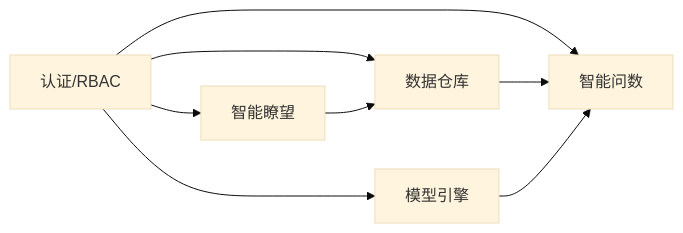
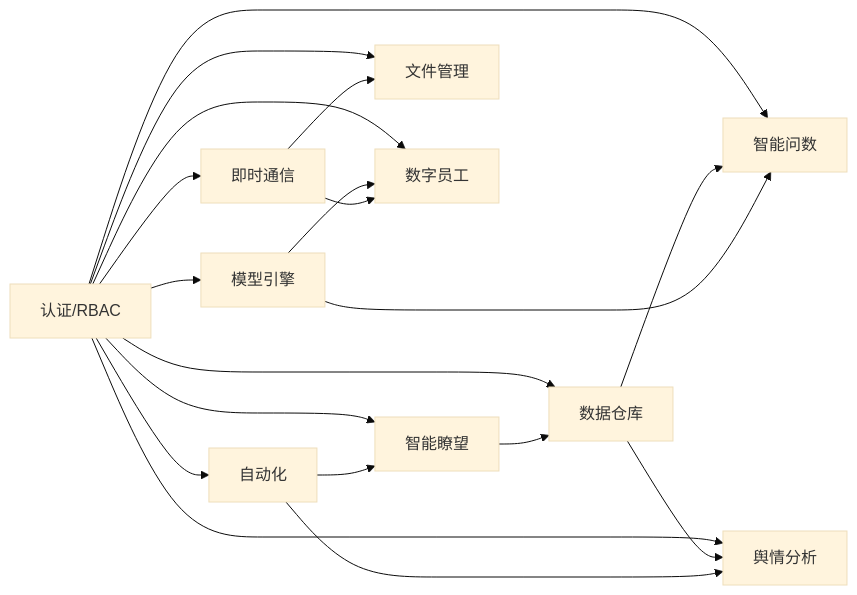
Before and after one commit to c2h5oh0807/cnAgentOS: the diagram in docs/architecture/modules.md, drawn with Mermaid (base theme). The commit also changed other lines of this file and 25 other files, not shown here.

````diff
--- a/docs/architecture/modules.md
+++ b/docs/architecture/modules.md
@@ -77,10 +139,21 @@
 ```mermaid
 flowchart LR
     RBAC["认证/RBAC"] --> Engine["模型引擎"]
     RBAC --> Watch["智能瞭望"]
     RBAC --> Data["数据仓库"]
     RBAC --> QA["智能问数"]
+    RBAC --> Chat["即时通信"]
+    RBAC --> File["文件管理"]
+    RBAC --> Employee["数字员工"]
+    RBAC --> Sentiment["舆情分析"]
+    RBAC --> Auto["自动化"]
     Watch --> Data
     Data --> QA
     Engine --> QA
+    Engine --> Employee
+    Chat --> File
+    Chat --> Employee
+    Data --> Sentiment
+    Auto --> Watch
+    Auto --> Sentiment
 ```
````
